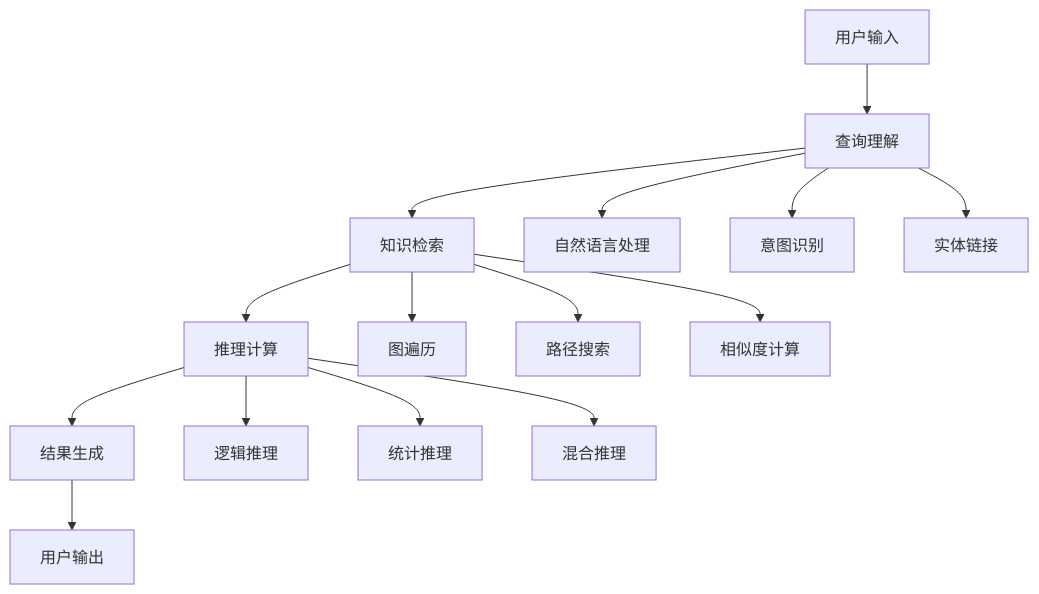
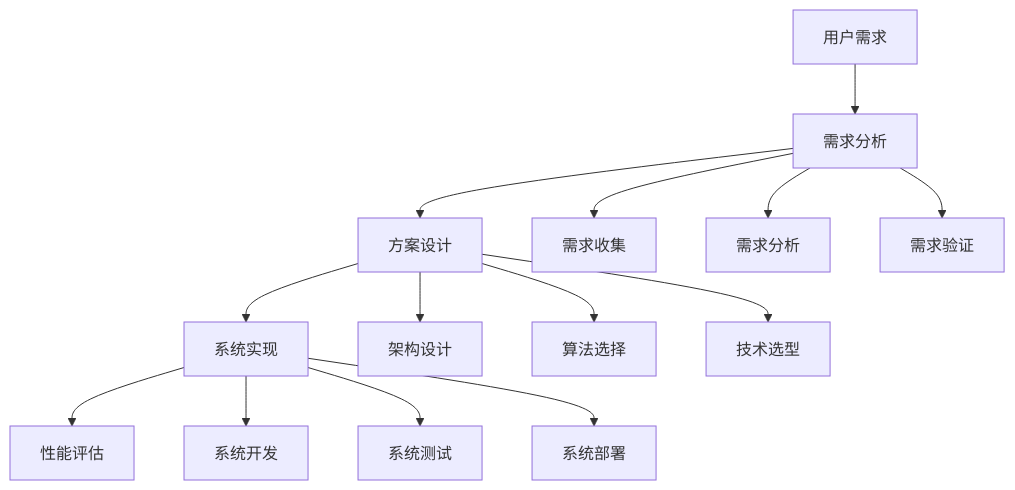
Before and after one commit to AdaMartin18010/KnowledgeGraph: the diagram in docs/07-applications/README.md, drawn with Mermaid. The commit also changed other lines of this file and 6 other files, not shown here.

````diff
--- a/docs/07-applications/README.md
+++ b/docs/07-applications/README.md
@@ -84,20 +82,19 @@
 ```mermaid
 graph TD
-    A[用户输入] --> B[查询理解]
-    B --> C[知识检索]
-    C --> D[推理计算]
-    D --> E[结果生成]
-    E --> F[用户输出]
+    A[用户需求] --> B[需求分析]
+    B --> C[方案设计]
+    C --> D[系统实现]
+    D --> E[性能评估]
     
-    B --> B1[自然语言处理]
-    B --> B2[意图识别]
-    B --> B3[实体链接]
+    B --> B1[需求收集]
+    B --> B2[需求分析]
+    B --> B3[需求验证]
     
-    C --> C1[图遍历]
-    C --> C2[路径搜索]
-    C --> C3[相似度计算]
+    C --> C1[架构设计]
+    C --> C2[算法选择]
+    C --> C3[技术选型]
     
-    D --> D1[逻辑推理]
-    D --> D2[统计推理]
-    D --> D3[混合推理]
+    D --> D1[系统开发]
+    D --> D2[系统测试]
+    D --> D3[系统部署]
 ```
````
